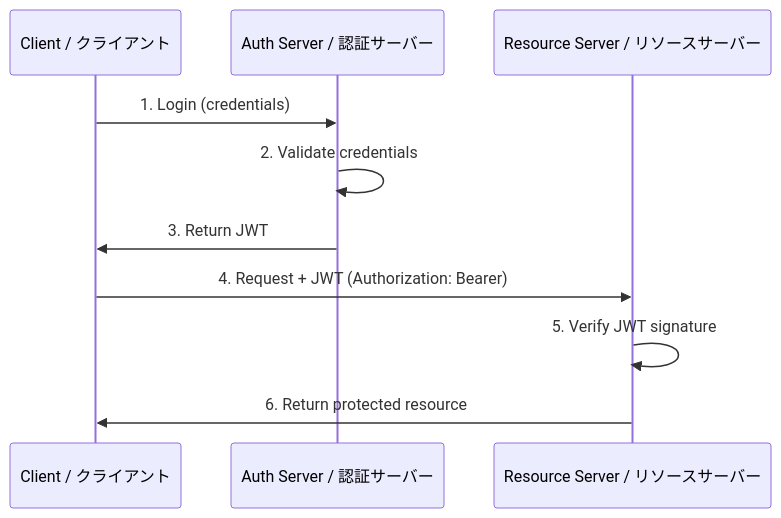
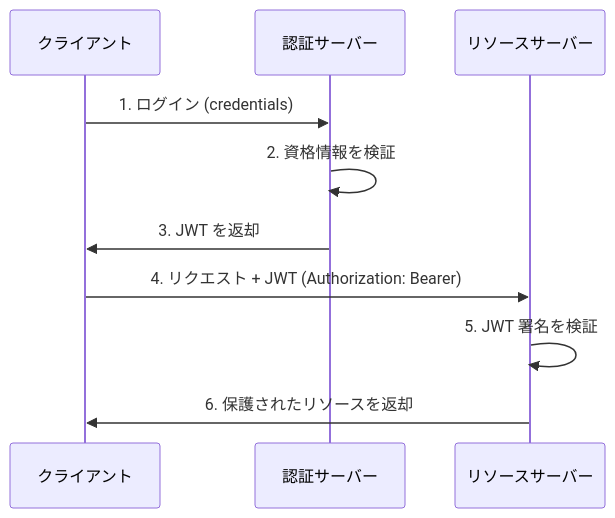
Before and after one commit to takukobachi/daedalus: the first of 4 diagrams in software/specifications/authentication-tokens-specification.md, drawn with Mermaid. The commit also changed other lines of this file and 1 other file, not shown here.

````diff
--- a/software/specifications/authentication-tokens-specification.md
+++ b/software/specifications/authentication-tokens-specification.md
@@ -142,13 +106,13 @@
 ```mermaid
 sequenceDiagram
-    participant Client as Client / クライアント
-    participant Auth as Auth Server / 認証サーバー
-    participant API as Resource Server / リソースサーバー
+    participant Client as クライアント
+    participant Auth as 認証サーバー
+    participant API as リソースサーバー
 
-    Client->>Auth: 1. Login (credentials)
-    Auth->>Auth: 2. Validate credentials
-    Auth->>Client: 3. Return JWT
-    Client->>API: 4. Request + JWT (Authorization: Bearer)
-    API->>API: 5. Verify JWT signature
-    API->>Client: 6. Return protected resource
+    Client->>Auth: 1. ログイン (credentials)
+    Auth->>Auth: 2. 資格情報を検証
+    Auth->>Client: 3. JWT を返却
+    Client->>API: 4. リクエスト + JWT (Authorization: Bearer)
+    API->>API: 5. JWT 署名を検証
+    API->>Client: 6. 保護されたリソースを返却
 ```
````
